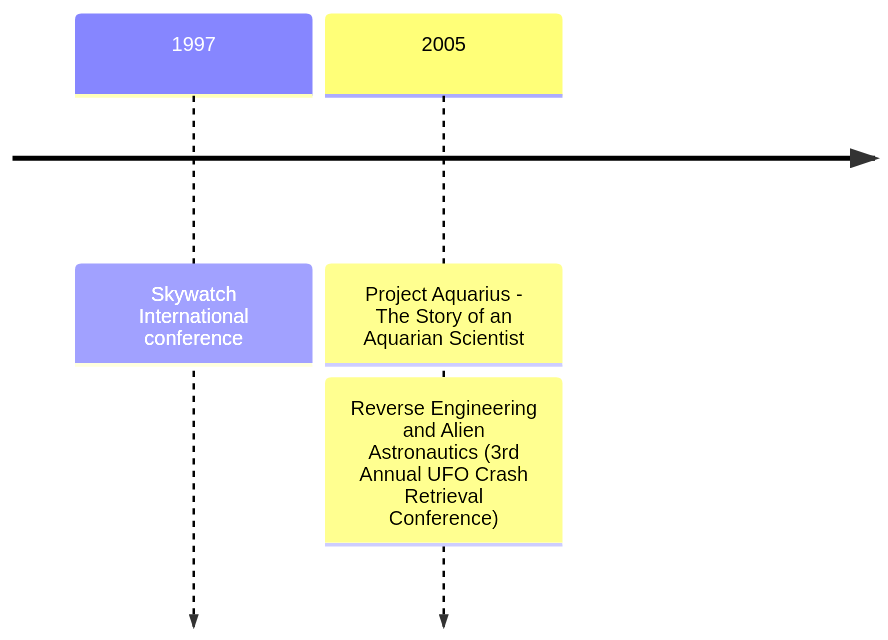
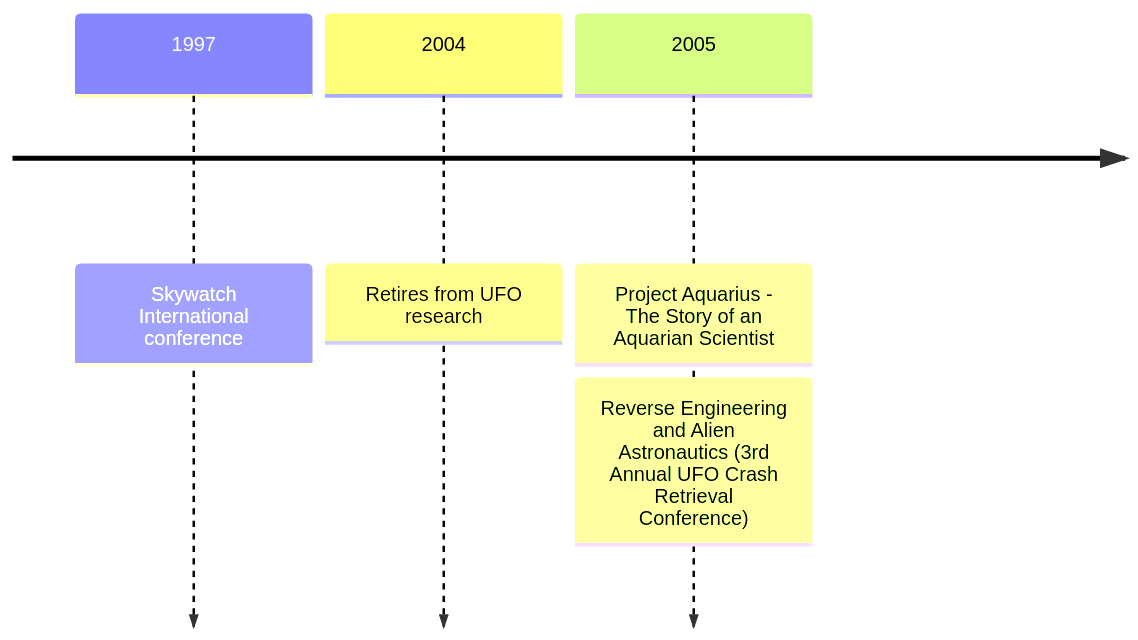
The diagram in docs/people/hamilton_william.md (Black-Star-Institute/blackstar.github.io), drawn with Mermaid before and after one commit. The commit also changed 25 other files, not shown here.

````diff
--- a/docs/people/hamilton_william.md
+++ b/docs/people/hamilton_william.md
@@ -26,6 +26,7 @@
 ```mermaid
 timeline
     1997 : Skywatch International conference
+    2004 : Retires from UFO research
     2005 : Project Aquarius - The Story of an Aquarian Scientist
          : Reverse Engineering and Alien Astronautics (3rd Annual UFO Crash Retrieval Conference)
 ```
````
